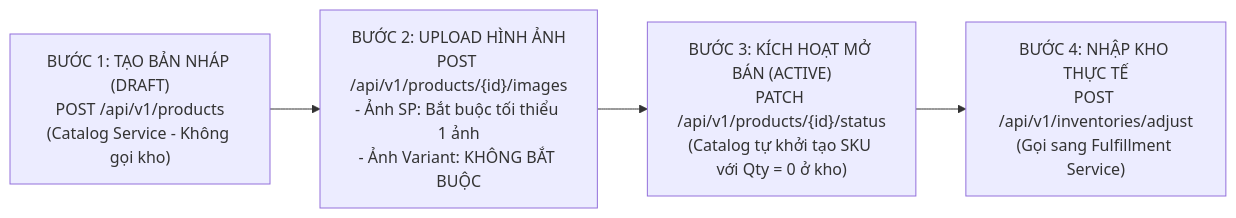
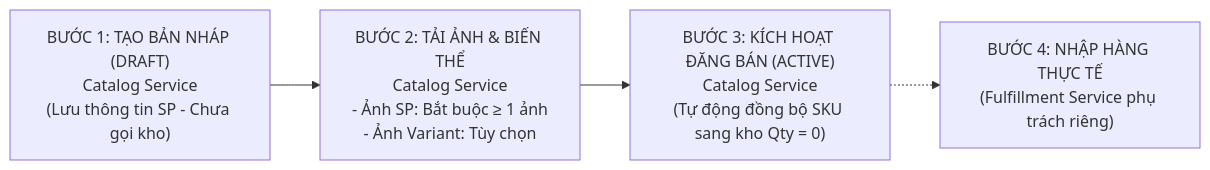
The diagram in docs/FE_PRODUCT_CREATION_AND_INVENTORY_FLOW.md (Nexus-Be/CatalogService), drawn with Mermaid before and after one commit. The commit also changed other lines of this file and 47 other files, not shown here.

````diff
--- a/docs/FE_PRODUCT_CREATION_AND_INVENTORY_FLOW.md
+++ b/docs/FE_PRODUCT_CREATION_AND_INVENTORY_FLOW.md
@@ -23,7 +48,7 @@
 ```mermaid
 flowchart LR
-    Step1["BƯỚC 1: TẠO BẢN NHÁP (DRAFT)<br/>POST /api/v1/products<br/>(Catalog Service - Không gọi kho)"]
-    --> Step2["BƯỚC 2: UPLOAD HÌNH ẢNH<br/>POST /api/v1/products/{id}/images<br/>- Ảnh SP: Bắt buộc tối thiểu 1 ảnh<br/>- Ảnh Variant: KHÔNG BẮT BUỘC"]
-    --> Step3["BƯỚC 3: KÍCH HOẠT MỞ BÁN (ACTIVE)<br/>PATCH /api/v1/products/{id}/status<br/>(Catalog tự khởi tạo SKU với Qty = 0 ở kho)"]
-    --> Step4["BƯỚC 4: NHẬP KHO THỰC TẾ<br/>POST /api/v1/inventories/adjust<br/>(Gọi sang Fulfillment Service)"]
+    Step1["BƯỚC 1: TẠO BẢN NHÁP (DRAFT)<br/>Catalog Service<br/>(Lưu thông tin SP - Chưa gọi kho)"]
+    --> Step2["BƯỚC 2: TẢI ẢNH & BIẾN THỂ<br/>Catalog Service<br/>- Ảnh SP: Bắt buộc ≥ 1 ảnh<br/>- Ảnh Variant: Tùy chọn"]
+    --> Step3["BƯỚC 3: KÍCH HOẠT ĐĂNG BÁN (ACTIVE)<br/>Catalog Service<br/>(Tự động đồng bộ SKU sang kho Qty = 0)"]
+    -.-> Step4["BƯỚC 4: NHẬP HÀNG THỰC TẾ<br/>(Fulfillment Service phụ trách riêng)"]
 ```
````
